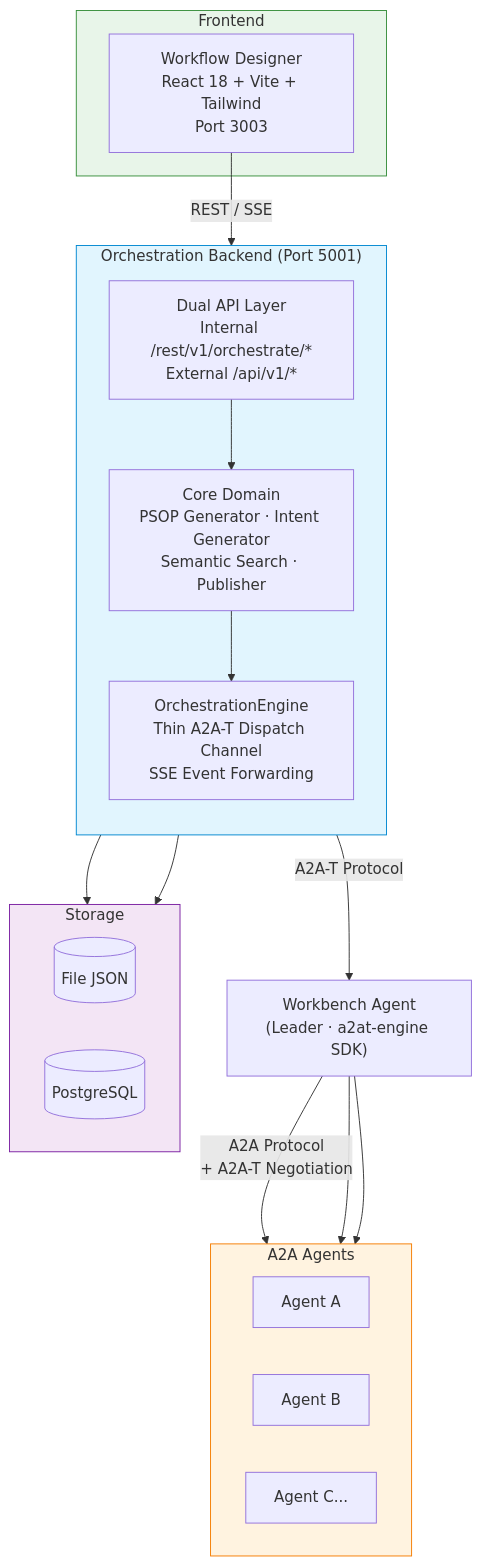
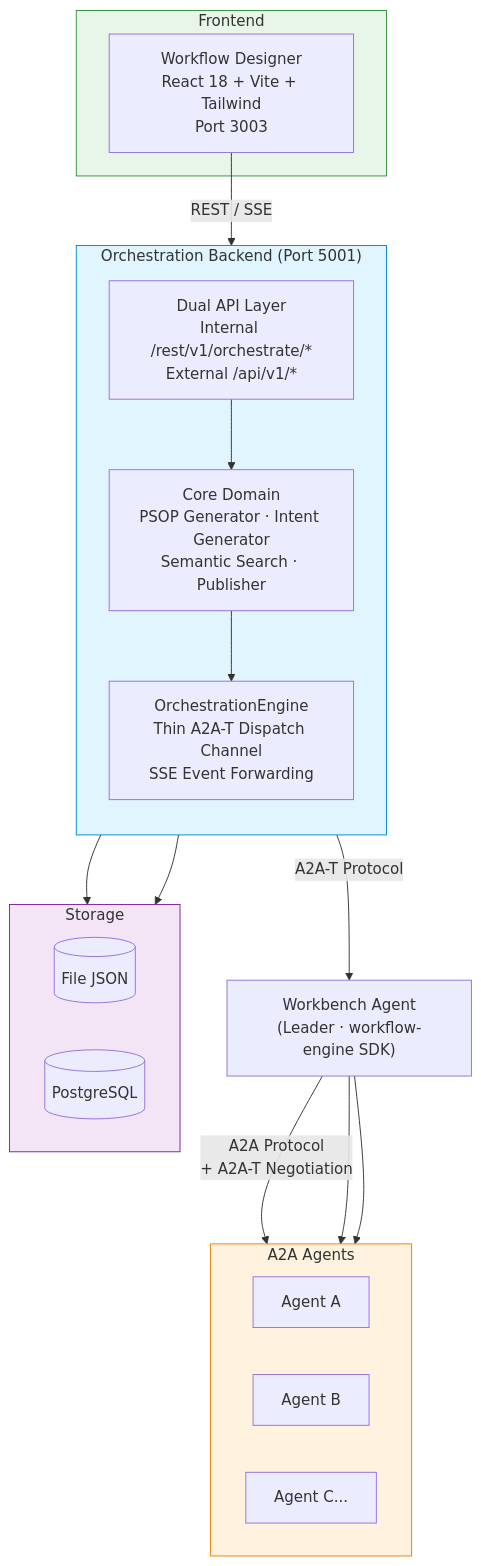
Before and after one commit to Zhoujie628/orchestration-center: the second of 2 diagrams in README.md, drawn with Mermaid. The commit also changed other lines of this file and 9 other files, not shown here.

First line of the commit message:
refactor: switch SDK dependency from a2at-engine to workflow-exec-engine

````diff
--- a/README.md
+++ b/README.md
@@ -193,41 +193,41 @@
 ```mermaid
 flowchart TB
     subgraph frontend["Frontend"]
         wd["Workflow Designer<br/>React 18 + Vite + Tailwind<br/>Port 3003"]
     end
 
     subgraph backend["Orchestration Backend (Port 5001)"]
         direction TB
         api["Dual API Layer<br/>Internal /rest/v1/orchestrate/*<br/>External /api/v1/*"]
         domain["Core Domain<br/>PSOP Generator · Intent Generator<br/>Semantic Search · Publisher"]
         engine["OrchestrationEngine<br/>Thin A2A-T Dispatch Channel<br/>SSE Event Forwarding"]
     end
 
     subgraph storage["Storage"]
         direction LR
         file[("File JSON")]
         pg[("PostgreSQL")]
     end
 
     subgraph agents["A2A Agents"]
         direction LR
         a1["Agent A"]
         a2["Agent B"]
         a3["Agent C..."]
     end
 
     wd -->|"REST / SSE"| api
     api --> domain
     domain --> engine
     engine --> file
     engine --> pg
-    engine -->|"A2A-T Protocol"| wb["Workbench Agent<br/>(Leader · a2at-engine SDK)"]
+    engine -->|"A2A-T Protocol"| wb["Workbench Agent<br/>(Leader · workflow-engine SDK)"]
     wb -->|"A2A Protocol<br/>+ A2A-T Negotiation"| a1
     wb --> a2
     wb --> a3
 
     style backend fill:#e1f5fe,stroke:#0288d1
     style frontend fill:#e8f5e9,stroke:#388e3c
     style storage fill:#f3e5f5,stroke:#7b1fa2
     style agents fill:#fff3e0,stroke:#f57c00
 ```
````
